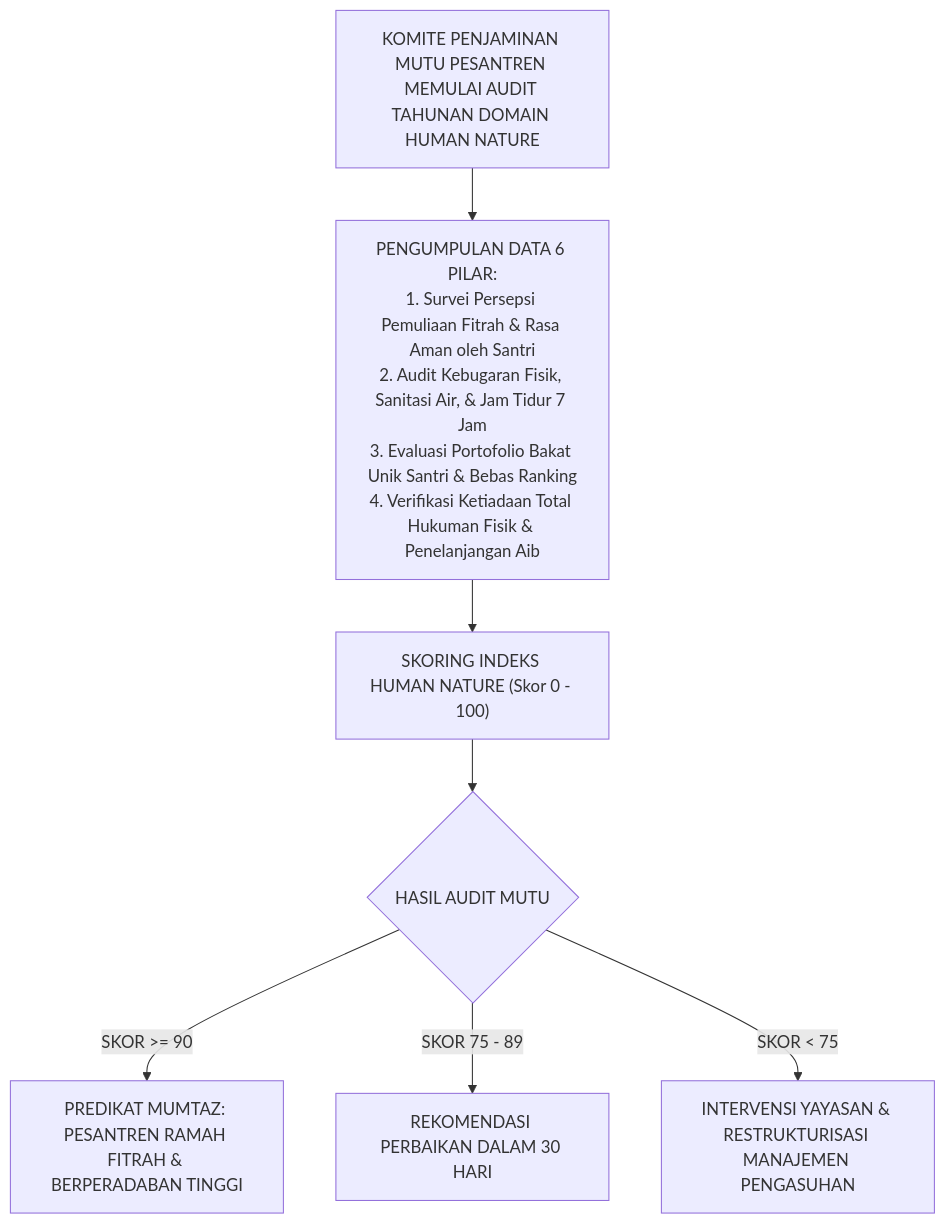
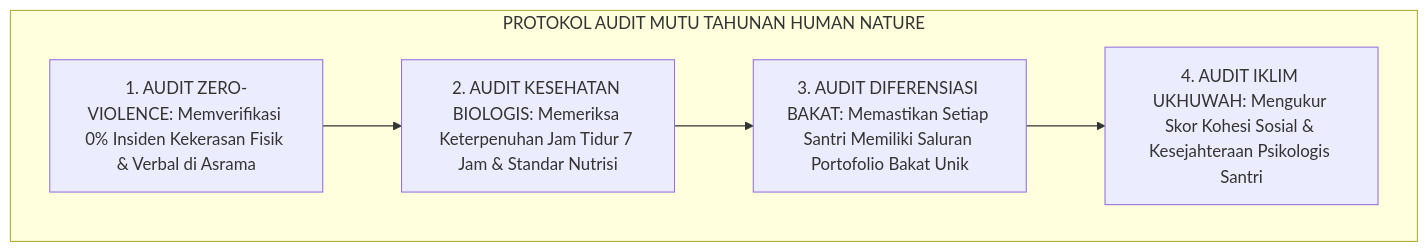
Before and after one commit to wandiapriliyandi/tumbuh: the fourth of 4 diagrams in 01 Philosophy/02 Human Nature/P1-02-07-Sintesis-Human-Nature.md, drawn with Mermaid. The commit also changed other lines of this file and 6 other files, not shown here.

Commit message:
docs(human-nature): reconstruct all 02 Human Nature monographs to pure academic standard

````diff
--- a/01 Philosophy/02 Human Nature/P1-02-07-Sintesis-Human-Nature.md
+++ b/01 Philosophy/02 Human Nature/P1-02-07-Sintesis-Human-Nature.md
@@ -206,12 +178,9 @@
 ```mermaid
 flowchart TD
-    AuditStart["KOMITE PENJAMINAN MUTU PESANTREN MEMULAI AUDIT TAHUNAN DOMAIN HUMAN NATURE"]
-    --> Collect["PENGUMPULAN DATA 6 PILAR:<br/>1. Survei Persepsi Pemuliaan Fitrah & Rasa Aman oleh Santri<br/>2. Audit Kebugaran Fisik, Sanitasi Air, & Jam Tidur 7 Jam<br/>3. Evaluasi Portofolio Bakat Unik Santri & Bebas Ranking<br/>4. Verifikasi Ketiadaan Total Hukuman Fisik & Penelanjangan Aib"]
-    
-    Collect --> Index["SKORING INDEKS HUMAN NATURE (Skor 0 - 100)"]
-    
-    Index --> Status{"HASIL AUDIT MUTU"}
-    Status -- SKOR >= 90 --> Mumtaz["PREDIKAT MUMTAZ: PESANTREN RAMAH FITRAH & BERPERADABAN TINGGI"]
-    Status -- SKOR 75 - 89 --> Perbaikan["REKOMENDASI PERBAIKAN DALAM 30 HARI"]
-    Status -- SKOR < 75 --> EvaluasiTotal["INTERVENSI YAYASAN & RESTRUKTURISASI MANAJEMEN PENGASUHAN"]
+    subgraph AuditMutuHumanNature["PROTOKOL AUDIT MUTU TAHUNAN HUMAN NATURE"]
+        Audit1["1. AUDIT ZERO-VIOLENCE: Memverifikasi 0% Insiden Kekerasan Fisik & Verbal di Asrama"]
+        --> Audit2["2. AUDIT KESEHATAN BIOLOGIS: Memeriksa Keterpenuhan Jam Tidur 7 Jam & Standar Nutrisi"]
+        --> Audit3["3. AUDIT DIFERENSIASI BAKAT: Memastikan Setiap Santri Memiliki Saluran Portofolio Bakat Unik"]
+        --> Audit4["4. AUDIT IKLIM UKHUWAH: Mengukur Skor Kohesi Sosial & Kesejahteraan Psikologis Santri"]
+    end
 ```
````
